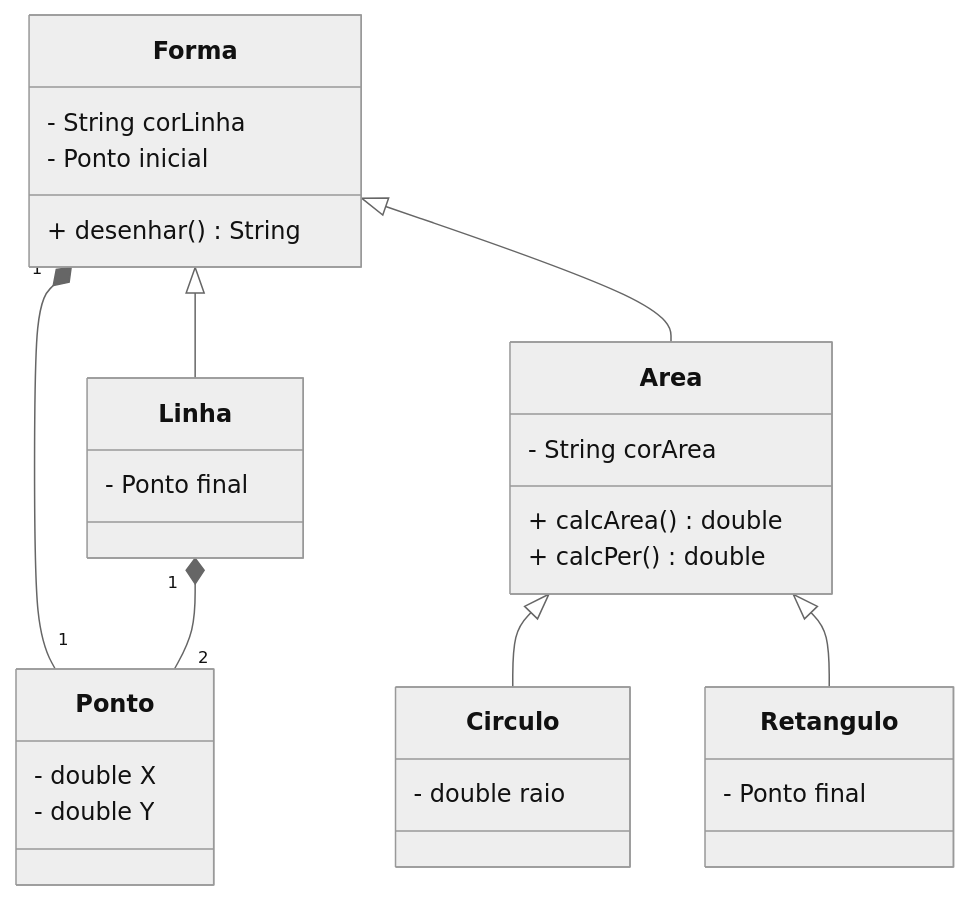
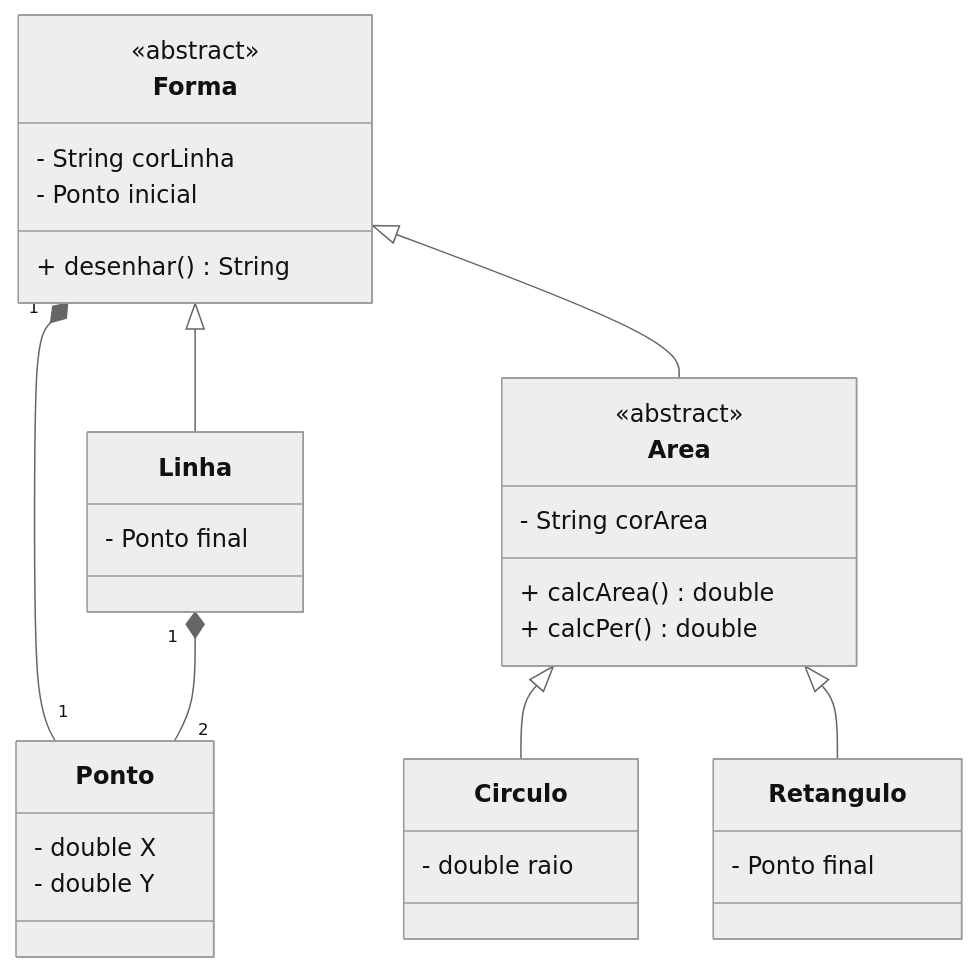
One commit to Aluno55/POO changed the diagram in aula-desenhos/README.md. Above: the diagram before and after it, drawn with Mermaid (neutral theme). The commit also changed 11 other files, not shown here.

````diff
--- a/aula-desenhos/README.md
+++ b/aula-desenhos/README.md
@@ -1,32 +1,34 @@
 ```mermaid
 classDiagram
 class Forma{
+    <<abstract>>
     - String corLinha
     - Ponto inicial
     + desenhar () String
 }
 Forma "1"*--"1" Ponto
 Forma <|-- Area
 Forma <|-- Linha
 Linha "1"*--"2" Ponto
 Area <|-- Circulo
 Area <|-- Retangulo
 class Ponto{
     - double X
     - double Y
 }
 class Linha{
     - Ponto final
 }
 class Area {
+    <<abstract>>
     - String corArea
     + calcArea () double
     + calcPer () double
 }
 class Circulo{
     - double raio
 }
 class Retangulo{
     - Ponto final
 }
 ```
````
